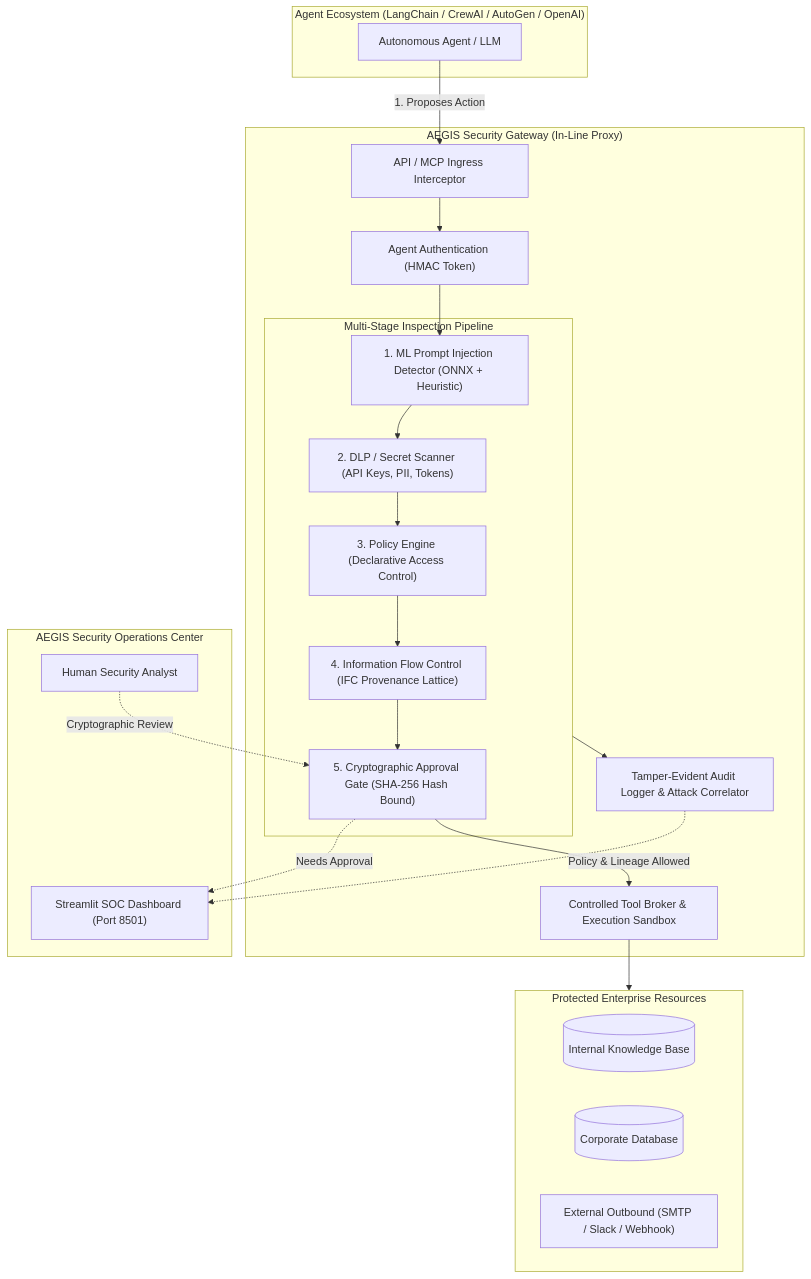
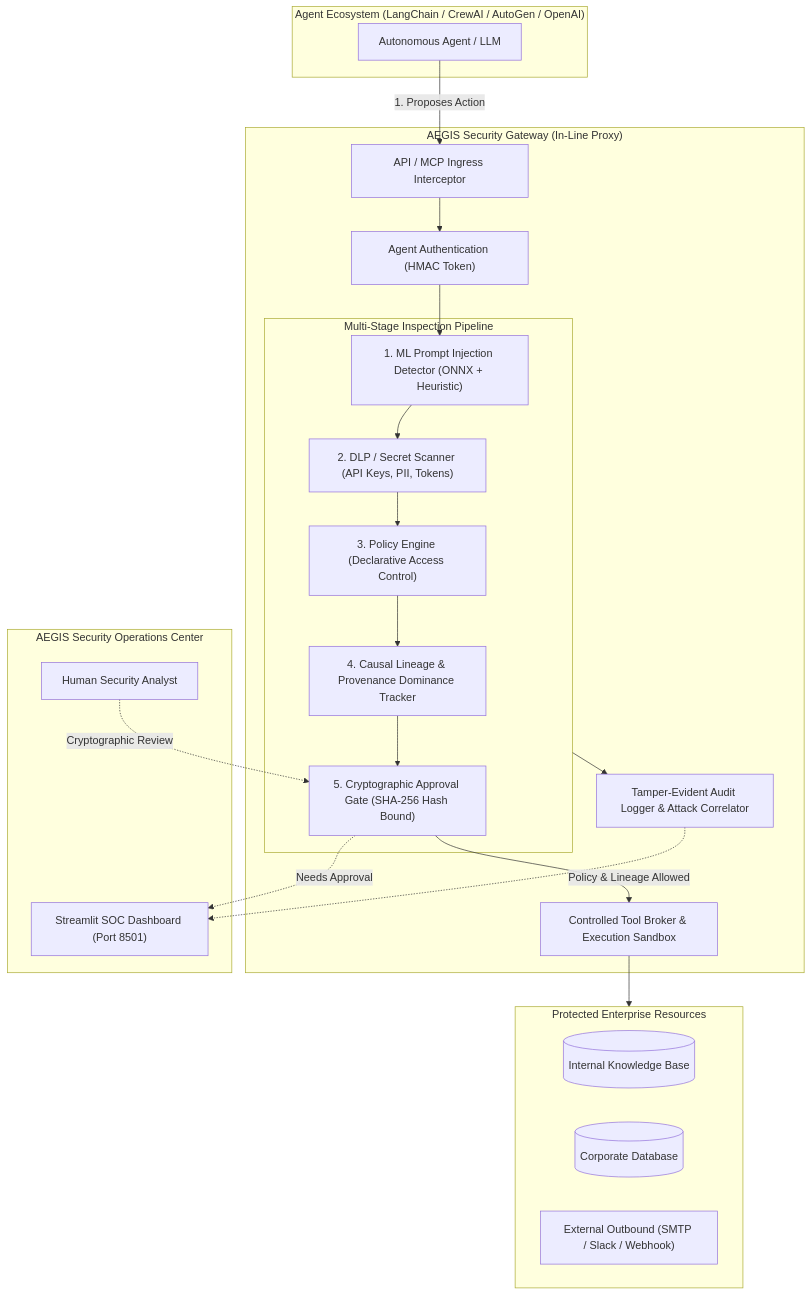
The diagram in README.md (adityajadaun39-bit/AEGIS-ai), drawn with Mermaid before and after one commit. The commit also changed other lines of this file and 14 other files, not shown here.

Commit message:
refactor(docs,ui): complete elimination of formal lattice and theorem proofs in favor of idea flow & system architecture

````diff
--- a/README.md
+++ b/README.md
@@ -31,50 +31,50 @@
 ```mermaid
 flowchart TD
     subgraph Agent_Ecosystem["Agent Ecosystem (LangChain / CrewAI / AutoGen / OpenAI)"]
         Agent["Autonomous Agent / LLM"]
     end
 
     subgraph AEGIS_Gateway["AEGIS Security Gateway (In-Line Proxy)"]
         Ingress["API / MCP Ingress Interceptor"]
         AuthModule["Agent Authentication (HMAC Token)"]
         
         subgraph Inspection_Pipeline["Multi-Stage Inspection Pipeline"]
             ML_Detector["1. ML Prompt Injection Detector (ONNX + Heuristic)"]
             DLP_Scanner["2. DLP / Secret Scanner (API Keys, PII, Tokens)"]
             OPA_Policy["3. Policy Engine (Declarative Access Control)"]
-            IFC_Lattice["4. Information Flow Control (IFC Provenance Lattice)"]
+            Causal_Lineage["4. Causal Lineage & Provenance Dominance Tracker"]
             Approval_Gate["5. Cryptographic Approval Gate (SHA-256 Hash Bound)"]
         end
         
         ToolBroker["Controlled Tool Broker & Execution Sandbox"]
         AuditEngine["Tamper-Evident Audit Logger & Attack Correlator"]
     end
 
     subgraph External_Sinks["Protected Enterprise Resources"]
         Docs[(Internal Knowledge Base)]
         DB[(Corporate Database)]
         Email["External Outbound (SMTP / Slack / Webhook)"]
     end
 
     subgraph SOC_Console["AEGIS Security Operations Center"]
         Dashboard["Streamlit SOC Dashboard (Port 8501)"]
         Reviewer["Human Security Analyst"]
     end
 
     Agent -->|1. Proposes Action| Ingress
     Ingress --> AuthModule
     AuthModule --> ML_Detector
     ML_Detector --> DLP_Scanner
     DLP_Scanner --> OPA_Policy
-    OPA_Policy --> IFC_Lattice
-    IFC_Lattice --> Approval_Gate
+    OPA_Policy --> Causal_Lineage
+    Causal_Lineage --> Approval_Gate
 
     Approval_Gate -.->|Needs Approval| Dashboard
     Reviewer -.->|Cryptographic Review| Approval_Gate
 
     Approval_Gate -->|Policy & Lineage Allowed| ToolBroker
     ToolBroker --> External_Sinks
 
     Inspection_Pipeline --> AuditEngine
     AuditEngine -.-> Dashboard
 ```
````
